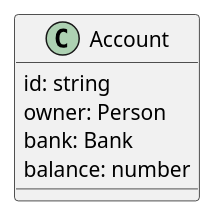
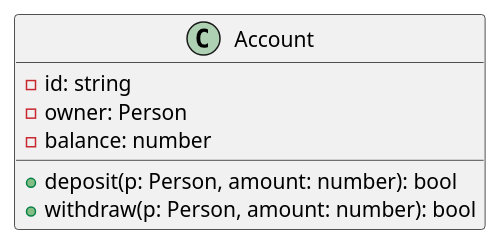
One commit to krisztiankazinczi/bh-fst01 changed the diagram in docs/lectures/20191217/banking/01-account.plantuml. Above: the diagram before and after it, drawn with PlantUML. The commit also changed 5 other files, not shown here.

```diff
--- a/docs/lectures/20191217/banking/01-account.plantuml
+++ b/docs/lectures/20191217/banking/01-account.plantuml
@@ -1,8 +1,11 @@
 @startuml
 class Account {
-    id: string
-    owner: Person
-    bank: Bank
-    balance: number
+    - id: string
+    - owner: Person
+    - balance: number
+
+    + deposit(p: Person, amount: number): bool
+    + withdraw(p: Person, amount: number): bool
+
 }
 @enduml
```
